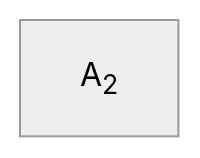
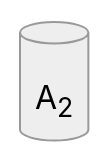
One commit to yamato97/science changed the diagram in grand_canonical.md. Above: the diagram before and after it, drawn with Mermaid (neutral theme).

````diff
--- a/grand_canonical.md
+++ b/grand_canonical.md
@@ -6,4 +6,4 @@
 ```mermaid
 graph LR
-NodeIdName["A<sub>2</sub>"]
+NodeIdName[("A<sub>2</sub>")]
 ```
````
